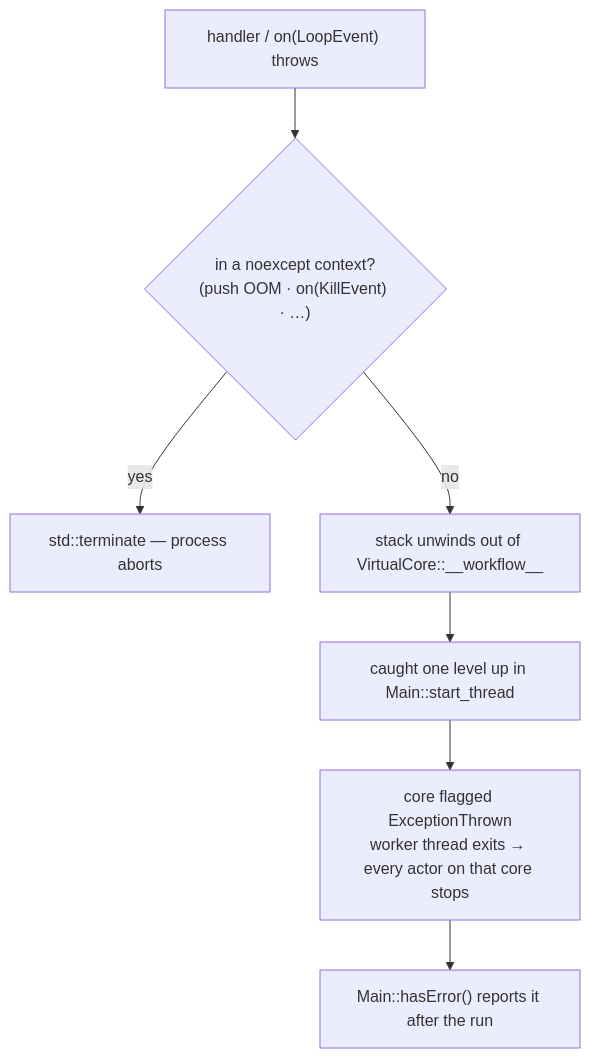
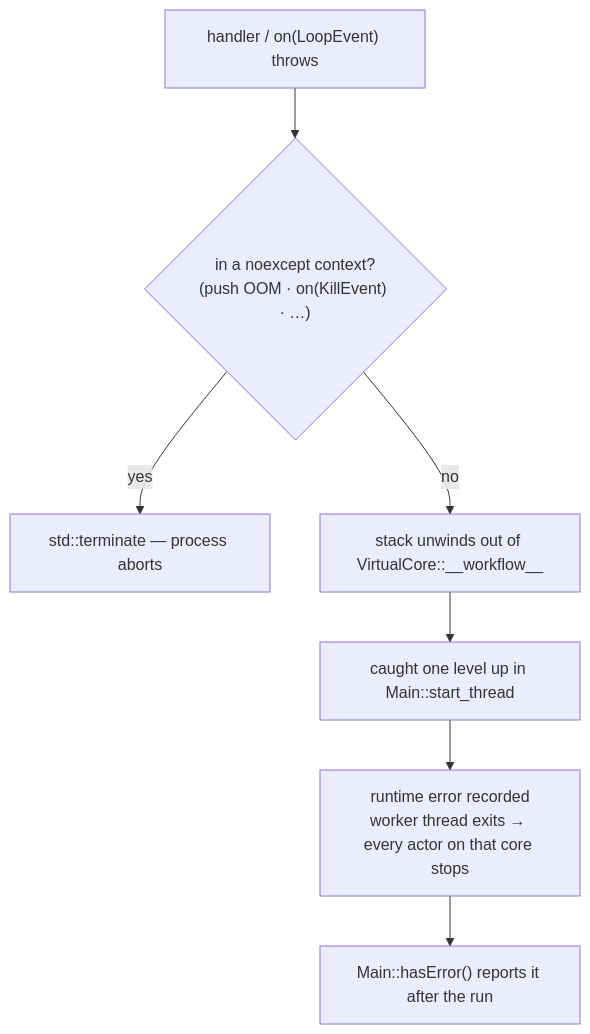
One commit to isndev/qb changed the diagram in readme/6_guides/error_handling.md. Above: the diagram before and after it, drawn with Mermaid. The commit also changed other lines of this file and 22 other files, not shown here.

````diff
--- a/readme/6_guides/error_handling.md
+++ b/readme/6_guides/error_handling.md
@@ -46,9 +49,9 @@
 ```mermaid
 flowchart TD
     H["handler / on(LoopEvent) throws"] --> NOEX{"in a noexcept context?<br/>(push OOM · on(KillEvent) · …)"}
     NOEX -- yes --> TERM["std::terminate — process aborts"]
     NOEX -- no --> UW["stack unwinds out of VirtualCore::__workflow__"]
     UW --> SC["caught one level up in Main::start_thread"]
-    SC --> FLAG["core flagged ExceptionThrown<br/>worker thread exits → every actor on that core stops"]
+    SC --> FLAG["runtime error recorded<br/>worker thread exits → every actor on that core stops"]
     FLAG --> OBS["Main::hasError() reports it after the run"]
 ```
````
